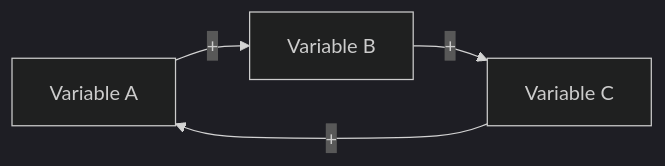
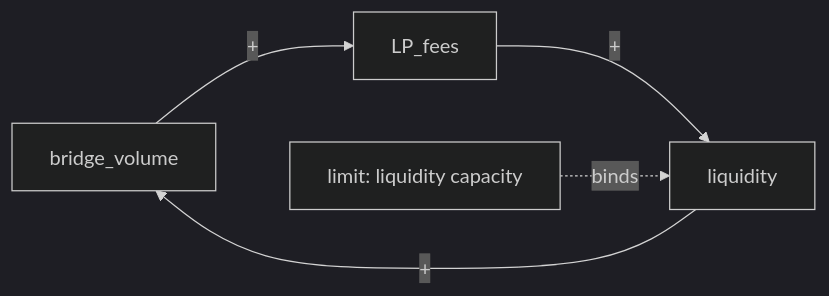
The first of 2 diagrams in frameworks/reinforcing-loop.md (bajpainaman/solve), drawn with Mermaid (dark theme) before and after one commit. The commit also changed other lines of this file and 16 other files, not shown here.

````diff
--- a/frameworks/reinforcing-loop.md
+++ b/frameworks/reinforcing-loop.md
@@ -20,6 +341,7 @@
 ```mermaid
 graph LR
-  A["Variable A"] -->|+| B["Variable B"]
-  B -->|+| C["Variable C"]
+  A["bridge_volume"] -->|+| B["LP_fees"]
+  B -->|+| C["liquidity"]
   C -->|+| A
+  L["limit: liquidity capacity"] -.->|binds| C
 ```
````
